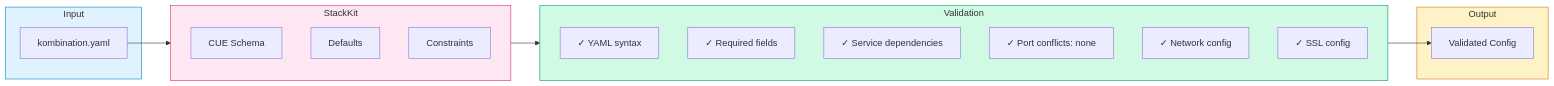
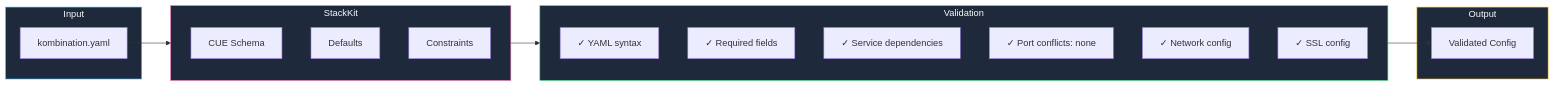
Before and after one commit to KombiverseLabs/docs: the third of 5 diagrams in concepts/stackkits.mdx, drawn with Mermaid. The commit also changed other lines of this file and 33 other files, not shown here.

````diff
--- a/concepts/stackkits.mdx
+++ b/concepts/stackkits.mdx
@@ -191,34 +191,34 @@
 ```mermaid
 flowchart LR
     subgraph Input
         YAML["kombination.yaml"]
     end
 
     subgraph StackKit
         CUE["CUE Schema"]
         Defaults["Defaults"]
         Constraints["Constraints"]
     end
 
     subgraph Validation
         V1["✓ YAML syntax"]
         V2["✓ Required fields"]
         V3["✓ Service dependencies"]
         V4["✓ Port conflicts: none"]
         V5["✓ Network config"]
         V6["✓ SSL config"]
     end
 
     subgraph Output
         Config["Validated Config"]
     end
 
     YAML --> StackKit
     StackKit --> Validation
     Validation --> Config
 
-    style Input fill:#e0f2fe,stroke:#0284c7
-    style StackKit fill:#fce7f3,stroke:#db2777
-    style Validation fill:#d1fae5,stroke:#059669
-    style Output fill:#fef3c7,stroke:#d97706
+    style Input fill:#1e293b,stroke:#38bdf8,color:#f8fafc
+    style StackKit fill:#1e293b,stroke:#f472b6,color:#f8fafc
+    style Validation fill:#1e293b,stroke:#4ade80,color:#f8fafc
+    style Output fill:#1e293b,stroke:#fbbf24,color:#f8fafc
 ```
````
